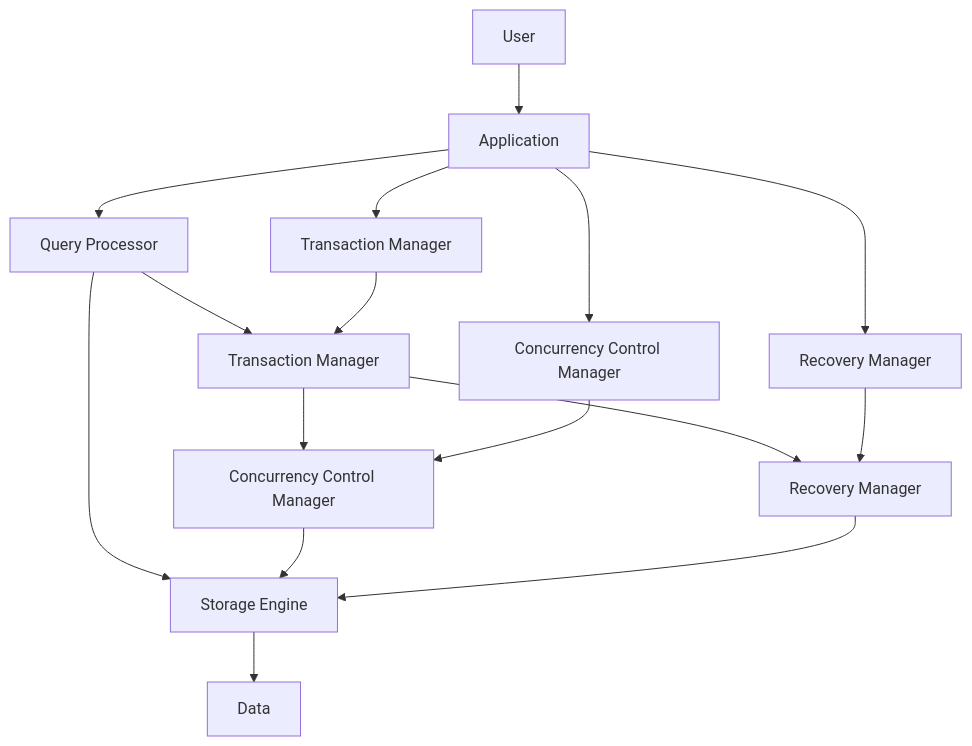
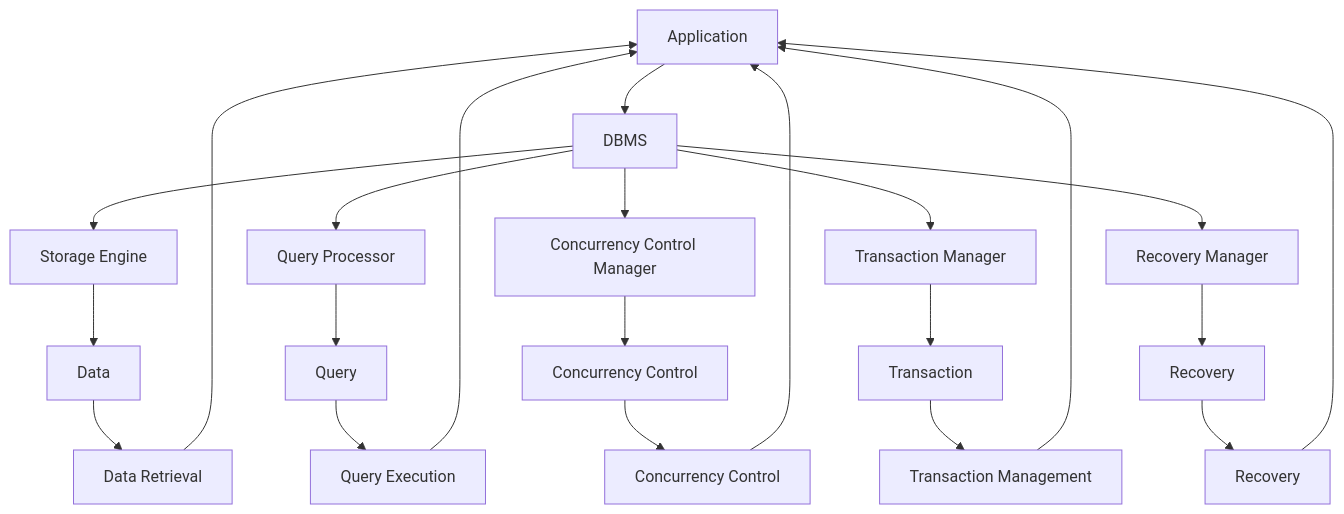
One commit to blebleblee/synapse changed the diagram in topics/computing/data/database_internals/lesson_01_foundations_and_invariants.md. Above: the diagram before and after it, drawn with Mermaid. The commit also changed other lines of this file and 3 other files, not shown here.

````diff
--- a/topics/computing/data/database_internals/lesson_01_foundations_and_invariants.md
+++ b/topics/computing/data/database_internals/lesson_01_foundations_and_invariants.md
@@ -132,18 +80,24 @@
 ```mermaid
-graph TD
-    A[User] --> B[Application]
-    B --> C[Query Processor]
-    C --> D[Storage Engine]
-    D --> E[Data]
-    C --> F[Transaction Manager]
-    F --> G[Concurrency Control Manager]
-    G --> D
-    F --> H[Recovery Manager]
-    H --> D
-    B --> I[Transaction Manager]
-    I --> F
-    B --> J[Concurrency Control Manager]
-    J --> G
-    B --> K[Recovery Manager]
-    K --> H
+graph TD;
+    A[Application] --> B[DBMS];
+    B --> C[Storage Engine];
+    B --> D[Query Processor];
+    B --> E[Concurrency Control Manager];
+    B --> F[Transaction Manager];
+    B --> G[Recovery Manager];
+    C --> H[Data];
+    D --> I[Query];
+    E --> J[Concurrency Control];
+    F --> K[Transaction];
+    G --> L[Recovery];
+    H --> M[Data Retrieval];
+    I --> N[Query Execution];
+    J --> O[Concurrency Control];
+    K --> P[Transaction Management];
+    L --> Q[Recovery];
+    M --> A;
+    N --> A;
+    O --> A;
+    P --> A;
+    Q --> A;
 ```
````
